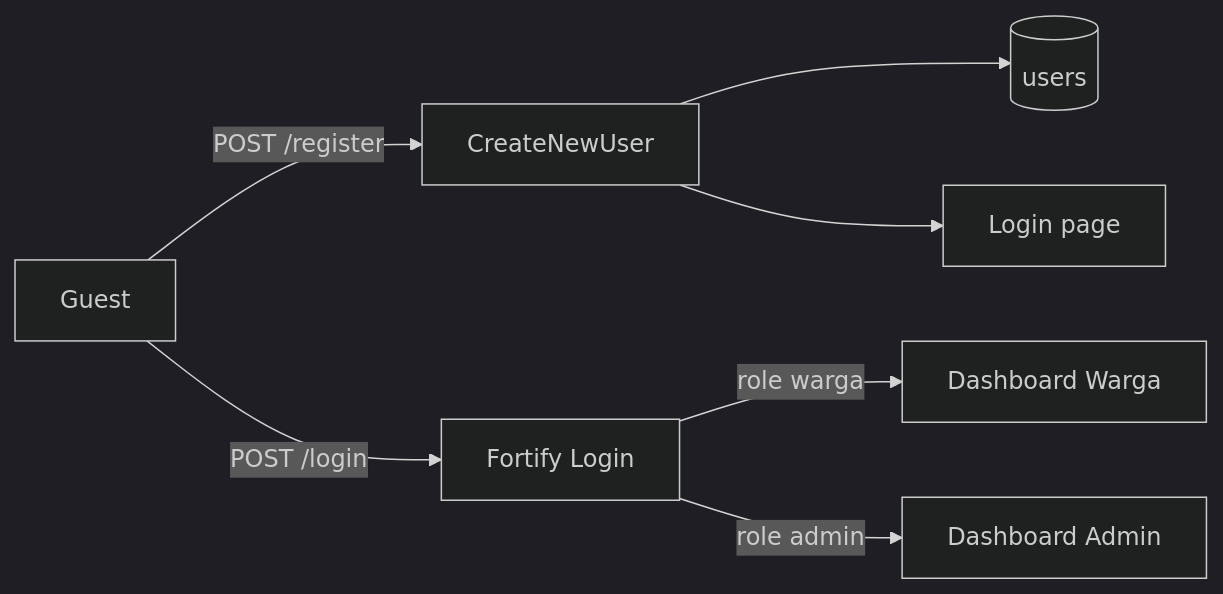
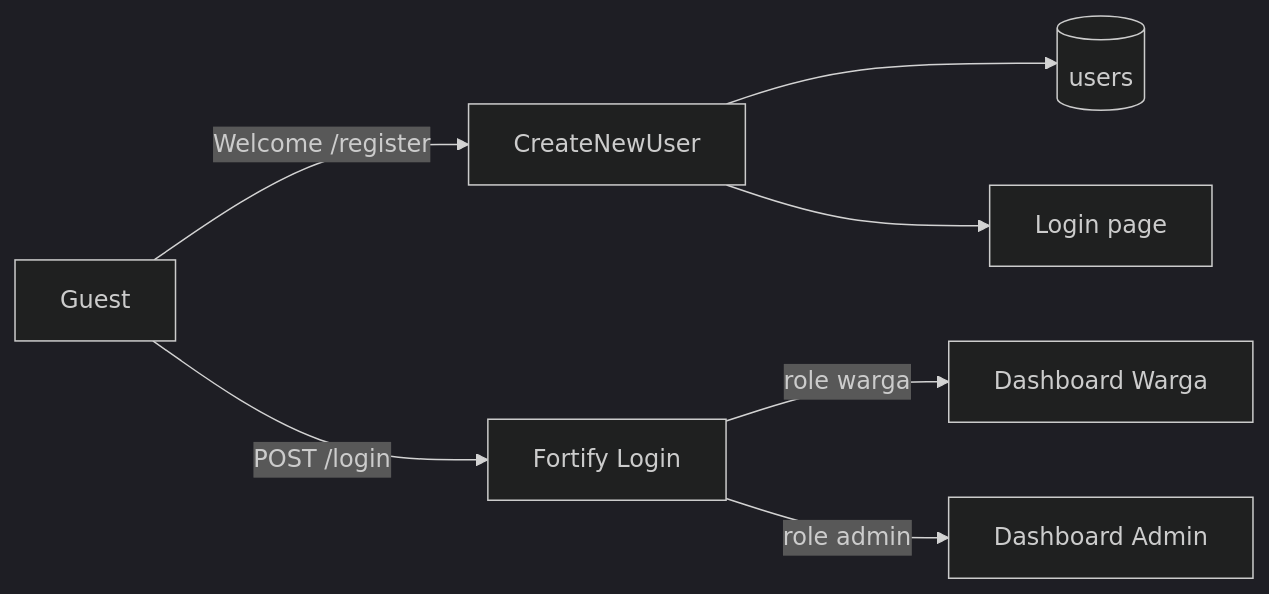
The diagram in docs/architecture.md (ZulfikarHD/sistem-desa), drawn with Mermaid (dark theme) before and after one commit. The commit also changed other lines of this file and 27 other files, not shown here.

````diff
--- a/docs/architecture.md
+++ b/docs/architecture.md
@@ -14,9 +19,9 @@
 ```mermaid
 flowchart LR
-    Guest[Guest] -->|POST /register| Reg[CreateNewUser]
+    Guest[Guest] -->|Welcome /register| Reg[CreateNewUser]
     Reg --> Users[(users)]
     Reg --> LoginPage[Login page]
     Guest -->|POST /login| Auth[Fortify Login]
     Auth -->|role warga| WargaDash[Dashboard Warga]
     Auth -->|role admin| AdminDash[Dashboard Admin]
 ```
````
